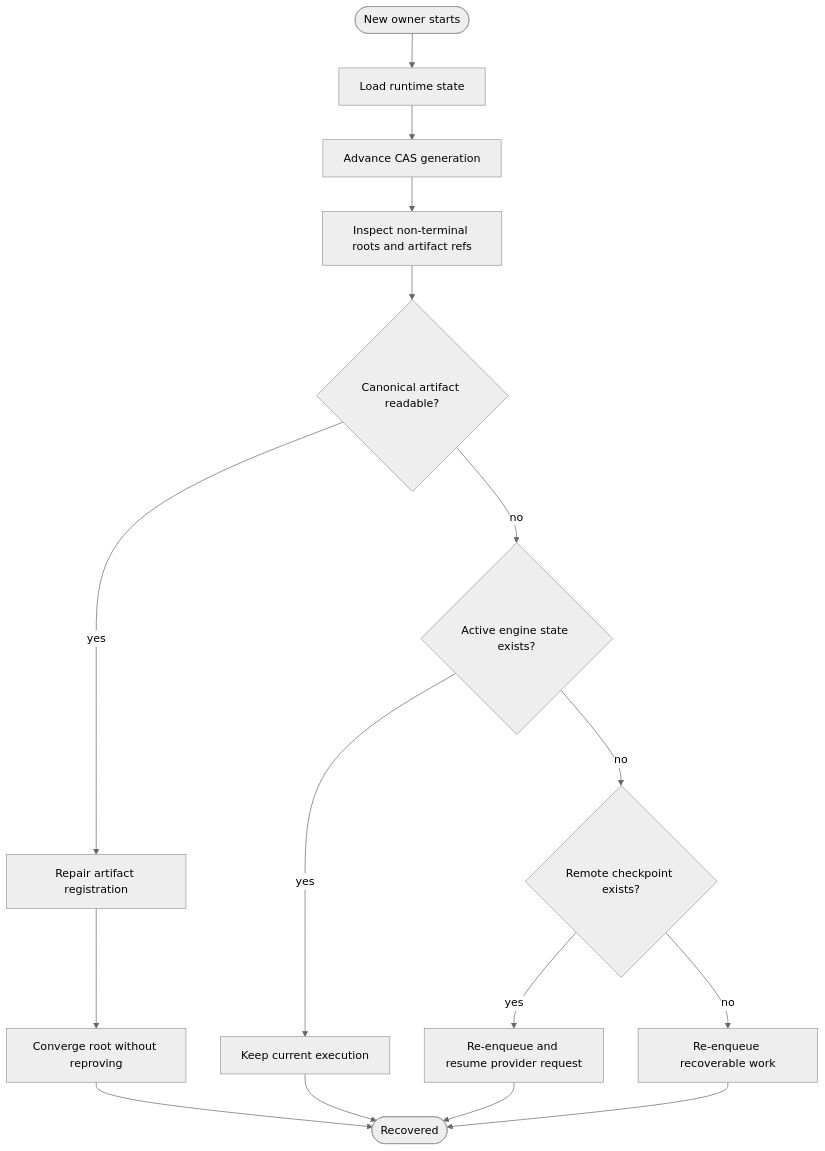
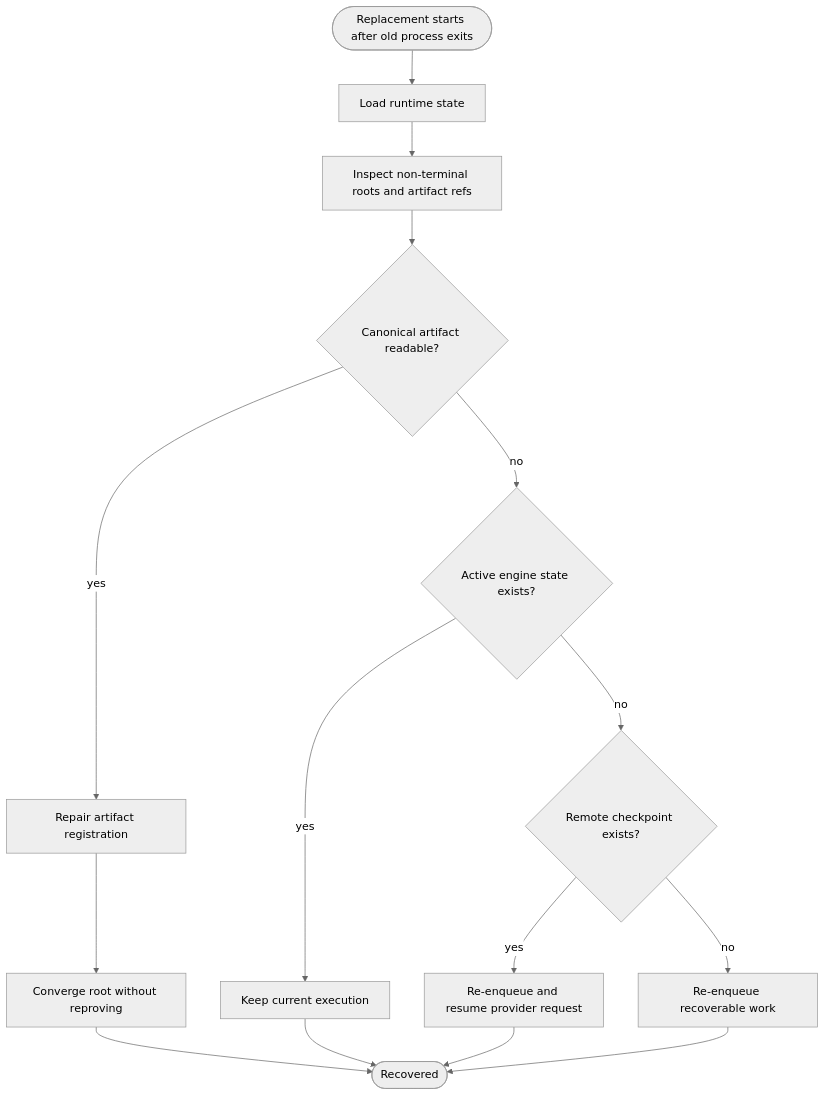
Before and after one commit to taikoxyz/raiko2: the seventh of 10 diagrams in docs/architecture.md, drawn with Mermaid (neutral theme). The commit also changed other lines of this file and 29 other files, not shown here.

````diff
--- a/docs/architecture.md
+++ b/docs/architecture.md
@@ -288,18 +285,17 @@
 ```mermaid
 flowchart TD
-  Restart([New owner starts]) --> Load[Load runtime state]
-  Load --> Fence[Advance CAS generation]
-  Fence --> Scan[Inspect non-terminal roots and artifact refs]
+  Restart([Replacement starts after old process exits]) --> Load[Load runtime state]
+  Load --> Scan[Inspect non-terminal roots and artifact refs]
   Scan --> Artifact{Canonical artifact readable?}
   Artifact -->|yes| Register[Repair artifact registration]
   Register --> Converge[Converge root without reproving]
   Artifact -->|no| EngineState{Active engine state exists?}
   EngineState -->|yes| Keep[Keep current execution]
   EngineState -->|no| Checkpoint{Remote checkpoint exists?}
   Checkpoint -->|yes| Resume[Re-enqueue and resume provider request]
   Checkpoint -->|no| Requeue[Re-enqueue recoverable work]
   Converge --> Done([Recovered])
   Keep --> Done
   Resume --> Done
   Requeue --> Done
 ```
````
